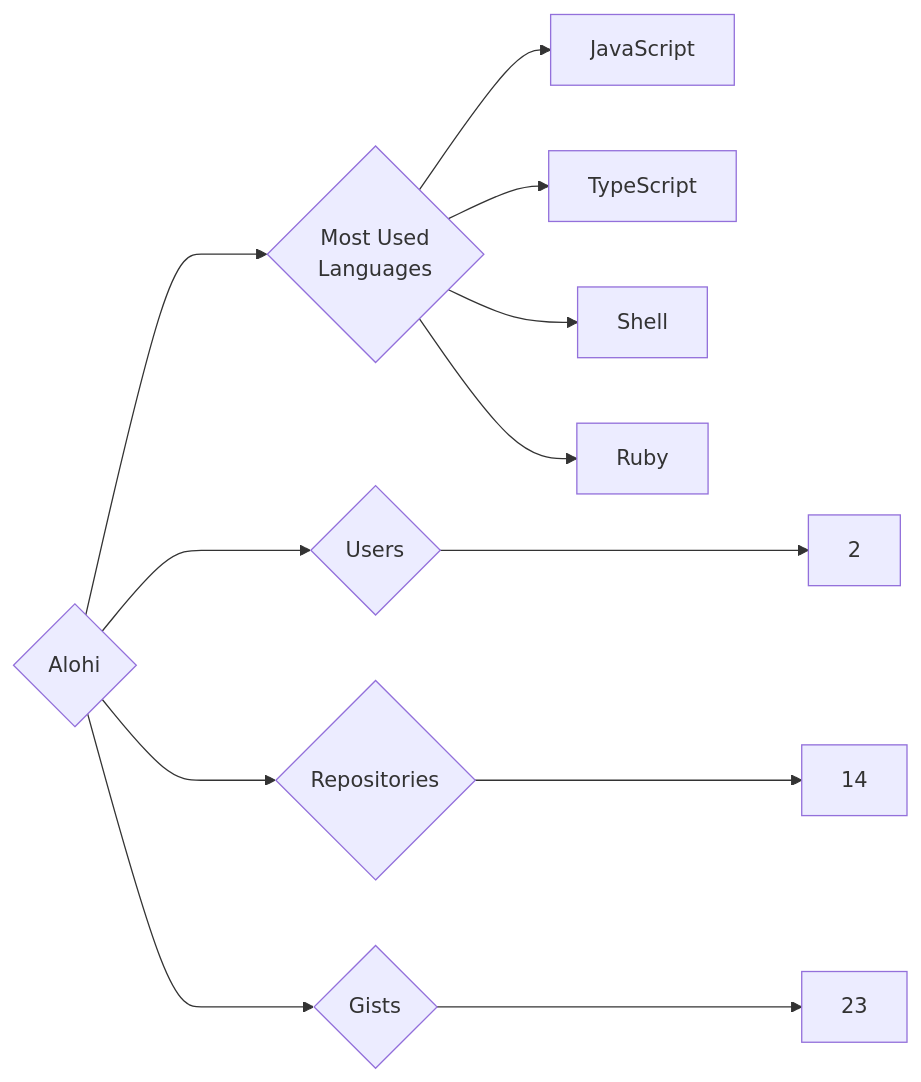
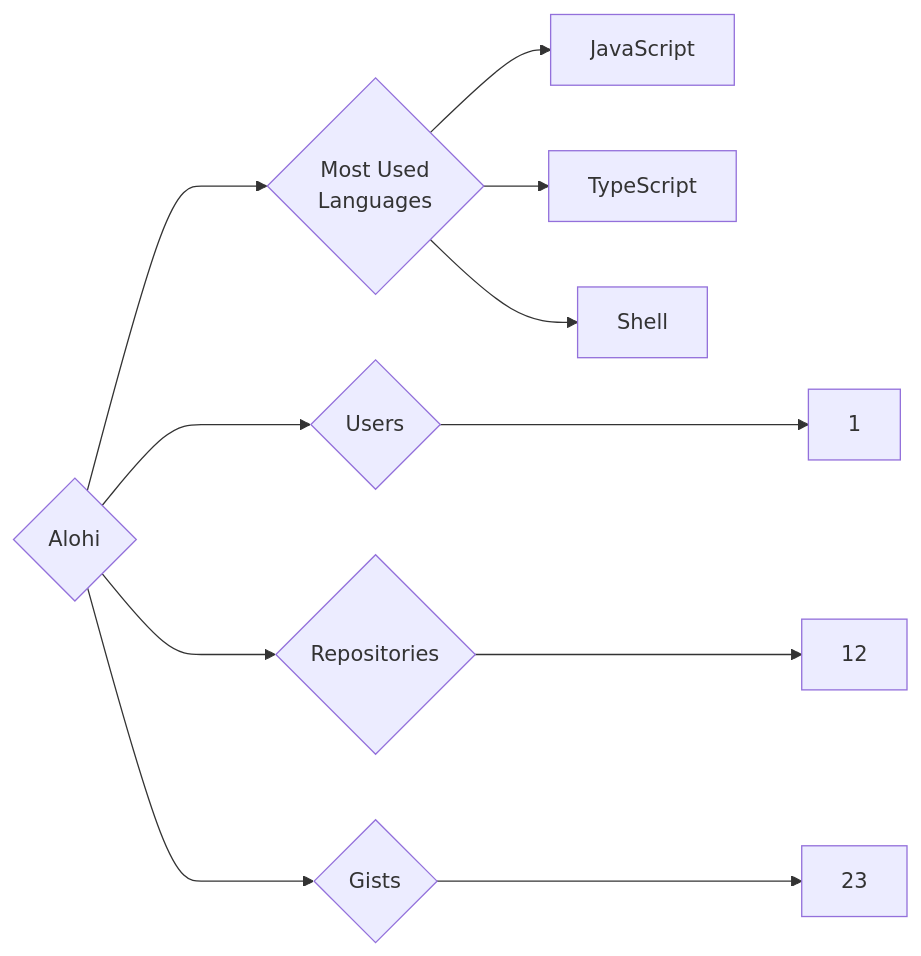
The diagram in targets/Alohi/README.md (trickest/insiders), drawn with Mermaid before and after one commit. The commit also changed 951 other files, not shown here.

````diff
--- a/targets/Alohi/README.md
+++ b/targets/Alohi/README.md
@@ -3,12 +3,11 @@
 ```mermaid
 graph LR
 COMPANY_NAME{Alohi}
-COMPANY_NAME ---> U{Users} ---> UN[2]
-COMPANY_NAME ---> R{Repositories} ---> RN[14]
+COMPANY_NAME ---> U{Users} ---> UN[1]
+COMPANY_NAME ---> R{Repositories} ---> RN[12]
 COMPANY_NAME ---> G{Gists} ---> GN[23]
 COMPANY_NAME ---> ML{Most Used<br>Languages}
-ML --> JavaScript
-ML --> TypeScript
-ML --> Shell
-ML --> Ruby
+ML --> JavaScript[JavaScript]
+ML --> TypeScript[TypeScript]
+ML --> Shell[Shell]
 ```
````
